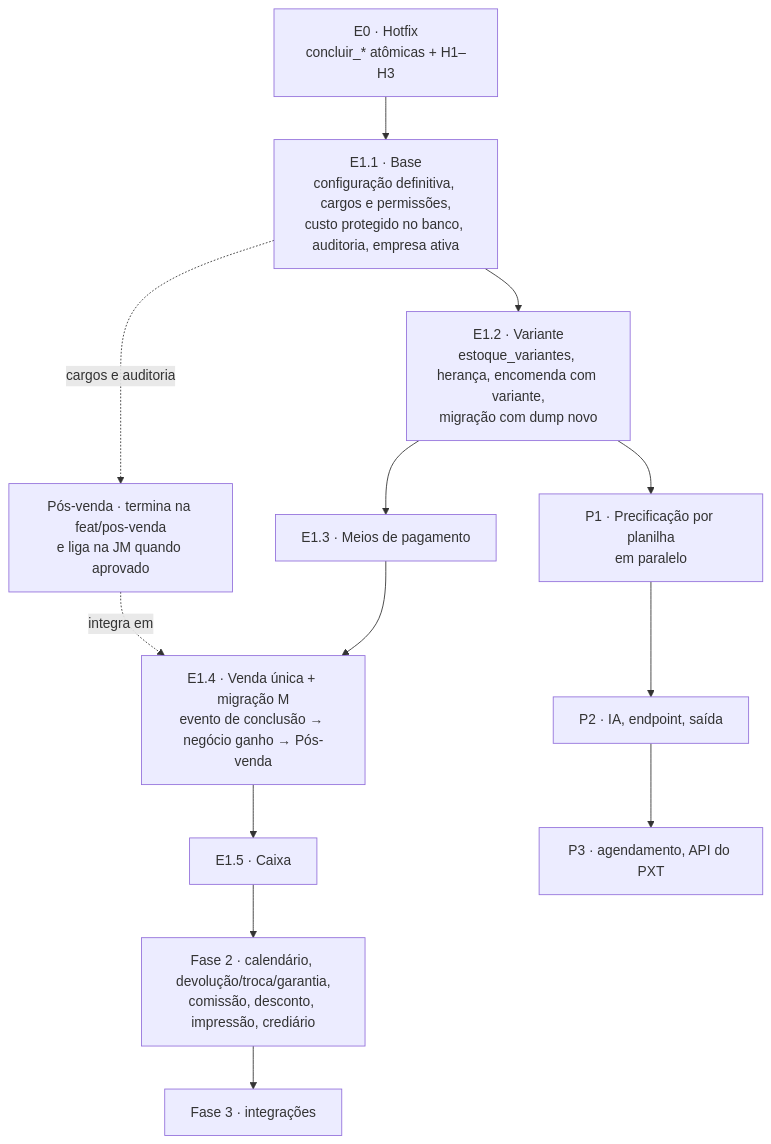
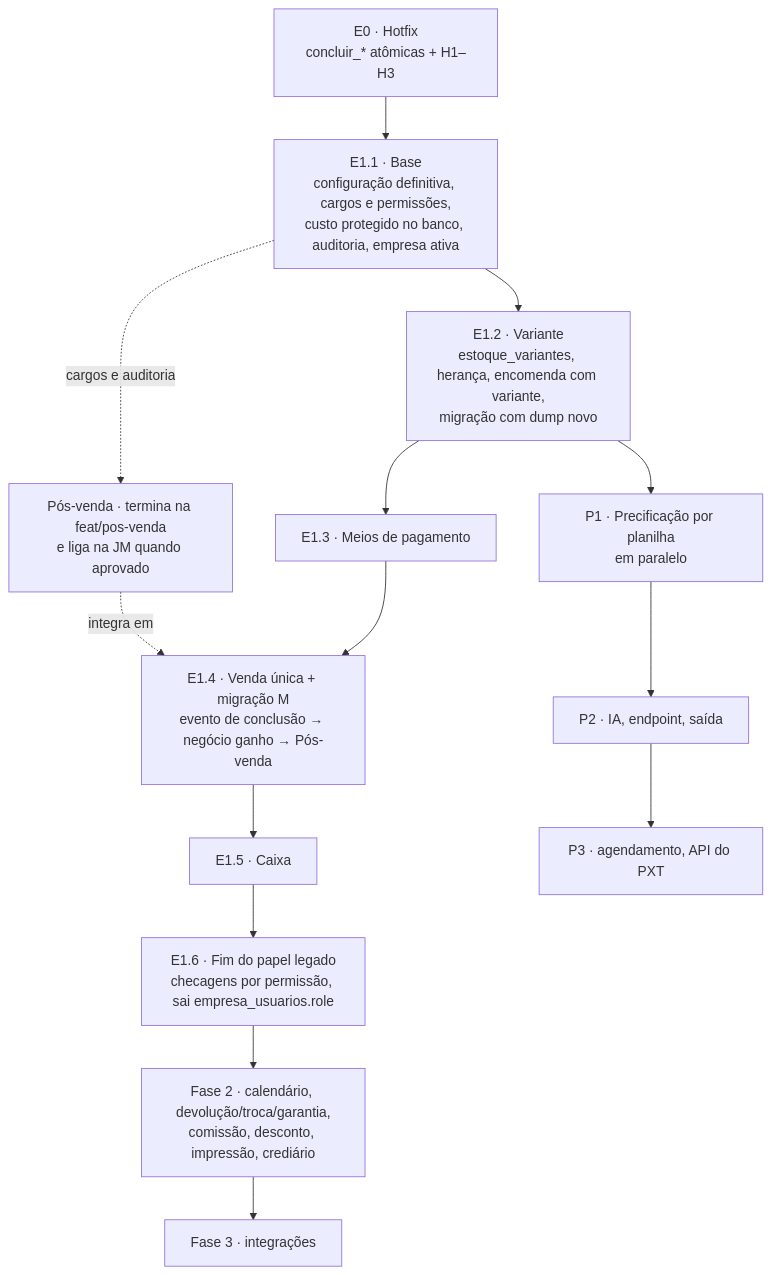
Before and after one commit to ramponi19/crm-saas: the diagram in docs/roteiro-reconstrucao.md, drawn with Mermaid. The commit also changed other lines of this file and 3 other files, not shown here.

Commit message:
docs(etapa-1.1): plano revisado com as respostas do Lucas (custo em quatro tempos, checagem da JM Store, Consulta sem Financeiro) e E1.6 fim do papel legado no roteiro

````diff
--- a/docs/roteiro-reconstrucao.md
+++ b/docs/roteiro-reconstrucao.md
@@ -43,14 +43,15 @@
 ```mermaid
 flowchart TD
     E0[E0 · Hotfix<br/>concluir_* atômicas + H1–H3] --> E11
     E11[E1.1 · Base<br/>configuração definitiva, cargos e permissões,<br/>custo protegido no banco, auditoria, empresa ativa] --> E12
     E12[E1.2 · Variante<br/>estoque_variantes, herança, encomenda com variante,<br/>migração com dump novo] --> E13
     E13[E1.3 · Meios de pagamento] --> E14
     E14[E1.4 · Venda única + migração M<br/>evento de conclusão → negócio ganho → Pós-venda] --> E15
-    E15[E1.5 · Caixa] --> F2
+    E15[E1.5 · Caixa] --> E16
+    E16[E1.6 · Fim do papel legado<br/>checagens por permissão, sai empresa_usuarios.role] --> F2
     F2[Fase 2 · calendário, devolução/troca/garantia,<br/>comissão, desconto, impressão, crediário] --> F3[Fase 3 · integrações]
     E12 --> P1[P1 · Precificação por planilha<br/>em paralelo]
     P1 --> P2[P2 · IA, endpoint, saída] --> P3[P3 · agendamento, API do PXT]
     PV[Pós-venda · termina na feat/pos-venda<br/>e liga na JM quando aprovado] -. integra em .-> E14
     E11 -. cargos e auditoria .-> PV
 ```
````
